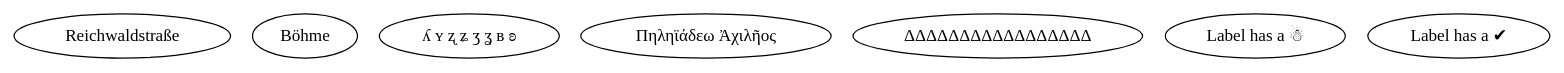
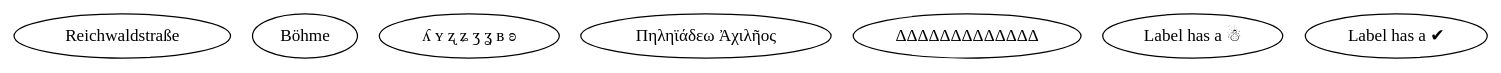
One commit to graphviz-perl/GraphViz2-Marpa changed the diagram in data/utf8.01.gv. Above: the diagram before and after it, drawn with Graphviz. The commit also changed 1 other file, not shown here.

```diff
--- a/data/utf8.01.gv
+++ b/data/utf8.01.gv
@@ -1,18 +1,18 @@
-graph utf8_1
+digraph utf8_01
 {
 	rankdir = TB
 
 	Reichwaldstraße
 
 	Böhme
 
 	Three [ label = "ʎ ʏ ʐ ʑ ʒ ʓ ʙ ʚ"]
 
 	Four  [ label = "Πηληϊάδεω Ἀχιλῆος"]
 
-	ΔΔΔΔΔΔΔΔΔΔΔΔΔΔΔΔΔ
+	ΔΔΔΔΔΔΔΔΔΔΔΔΔ
 
 	Six   [ label = "Label has a ☃"]
 
 	Seven [ label = "Label has a ✔"]
 }
```
